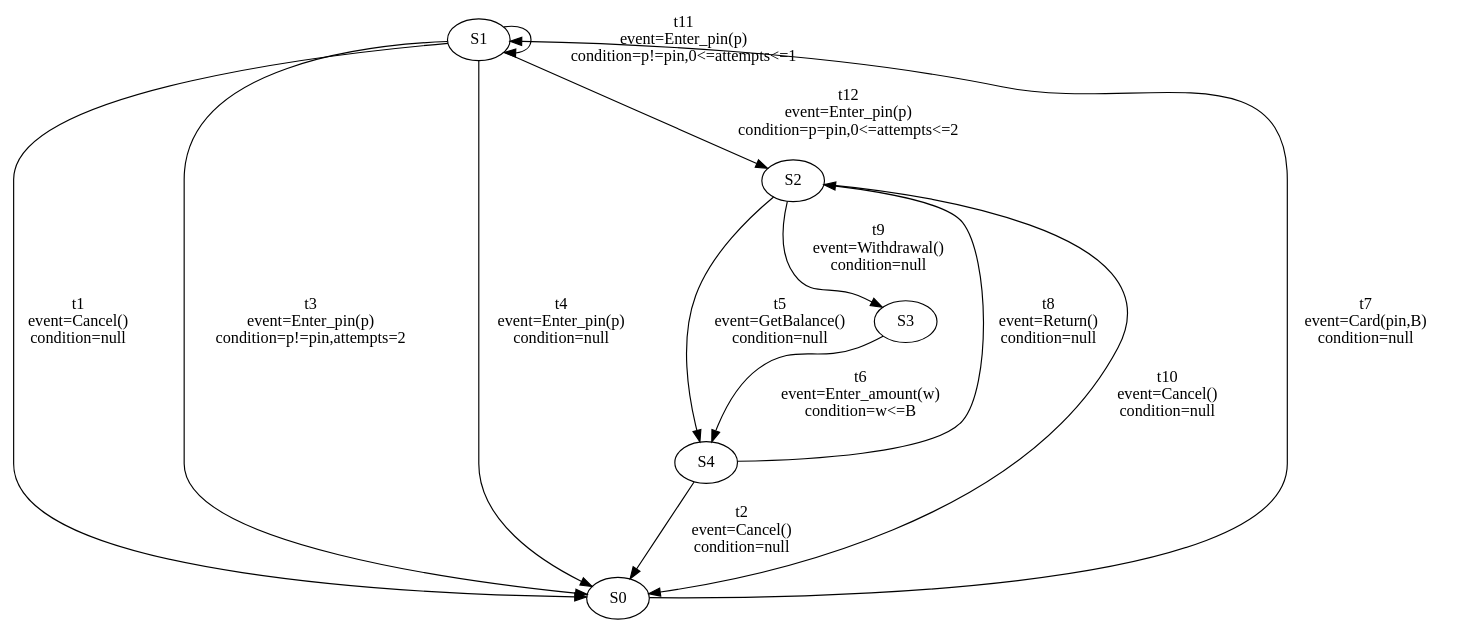
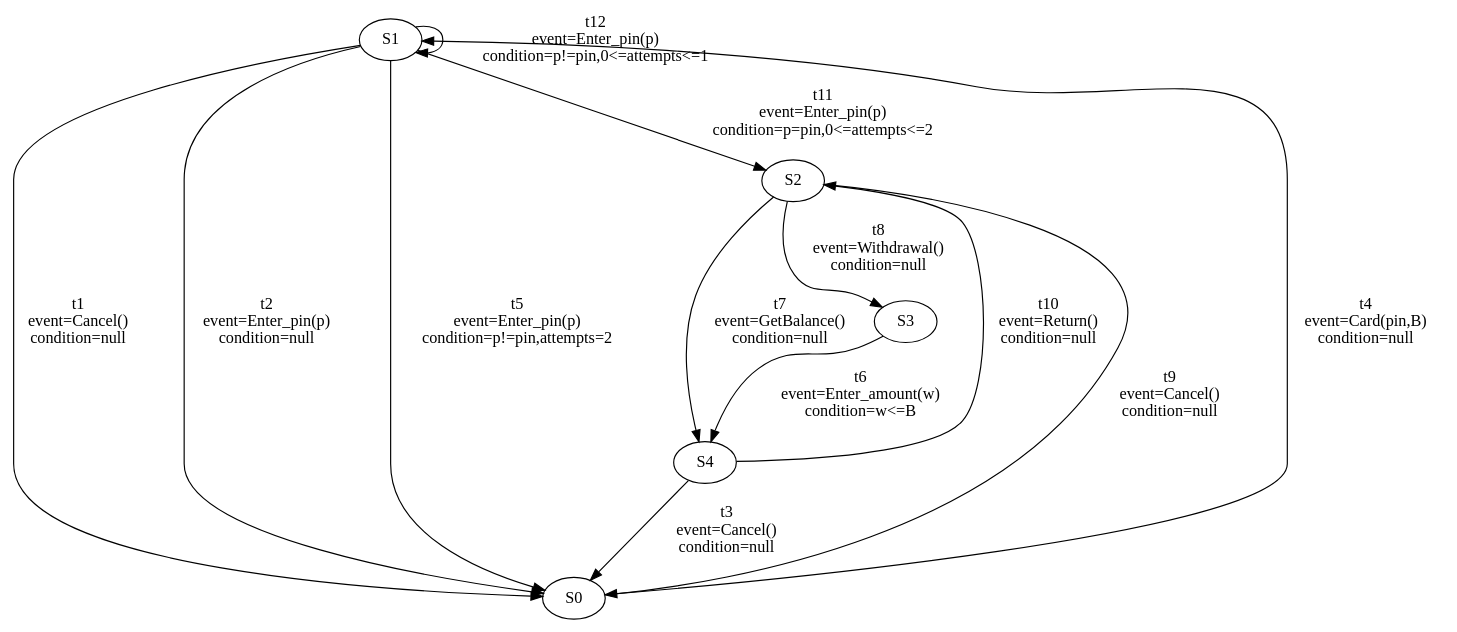
The diagram in file/result1.dot (Catxiaobai/project), drawn with Graphviz before and after one commit. The commit also changed 2446 other files, not shown here.

```diff
--- a/file/result1.dot
+++ b/file/result1.dot
@@ -1,38 +1,38 @@
 digraph g {
  S1 -> S0 [ label="t1
 event=Cancel()
 condition=null" ];
- S4 -> S0 [ label="t2
+ S1 -> S0 [ label="t2
+event=Enter_pin(p)
+condition=null" ];
+ S4 -> S0 [ label="t3
 event=Cancel()
 condition=null" ];
- S1 -> S0 [ label="t3
+ S0 -> S1 [ label="t4
+event=Card(pin,B)
+condition=null" ];
+ S1 -> S0 [ label="t5
 event=Enter_pin(p)
 condition=p!=pin,attempts=2" ];
- S1 -> S0 [ label="t4
-event=Enter_pin(p)
-condition=null" ];
- S2 -> S4 [ label="t5
-event=GetBalance()
-condition=null" ];
  S3 -> S4 [ label="t6
 event=Enter_amount(w)
 condition=w<=B" ];
- S0 -> S1 [ label="t7
-event=Card(pin,B)
+ S2 -> S4 [ label="t7
+event=GetBalance()
 condition=null" ];
- S4 -> S2 [ label="t8
+ S2 -> S3 [ label="t8
+event=Withdrawal()
+condition=null" ];
+ S2 -> S0 [ label="t9
+event=Cancel()
+condition=null" ];
+ S4 -> S2 [ label="t10
 event=Return()
 condition=null" ];
- S2 -> S3 [ label="t9
-event=Withdrawal()
-condition=null" ];
- S2 -> S0 [ label="t10
-event=Cancel()
-condition=null" ];
- S1 -> S1 [ label="t11
+ S1 -> S2 [ label="t11
+event=Enter_pin(p)
+condition=p=pin,0<=attempts<=2" ];
+ S1 -> S1 [ label="t12
 event=Enter_pin(p)
 condition=p!=pin,0<=attempts<=1" ];
- S1 -> S2 [ label="t12
-event=Enter_pin(p)
-condition=p=pin,0<=attempts<=2" ];
 }
```
